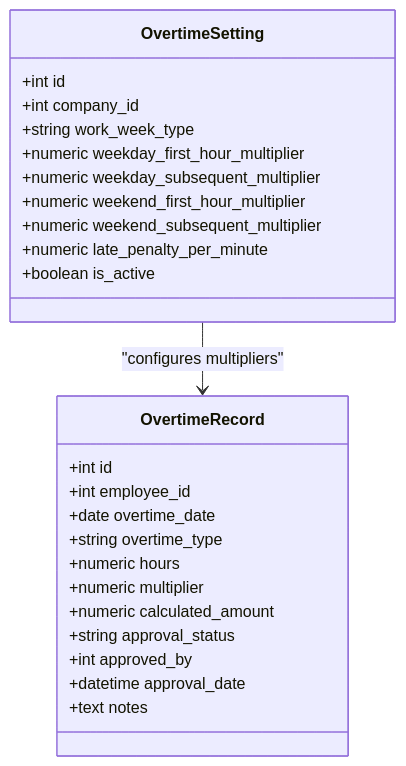
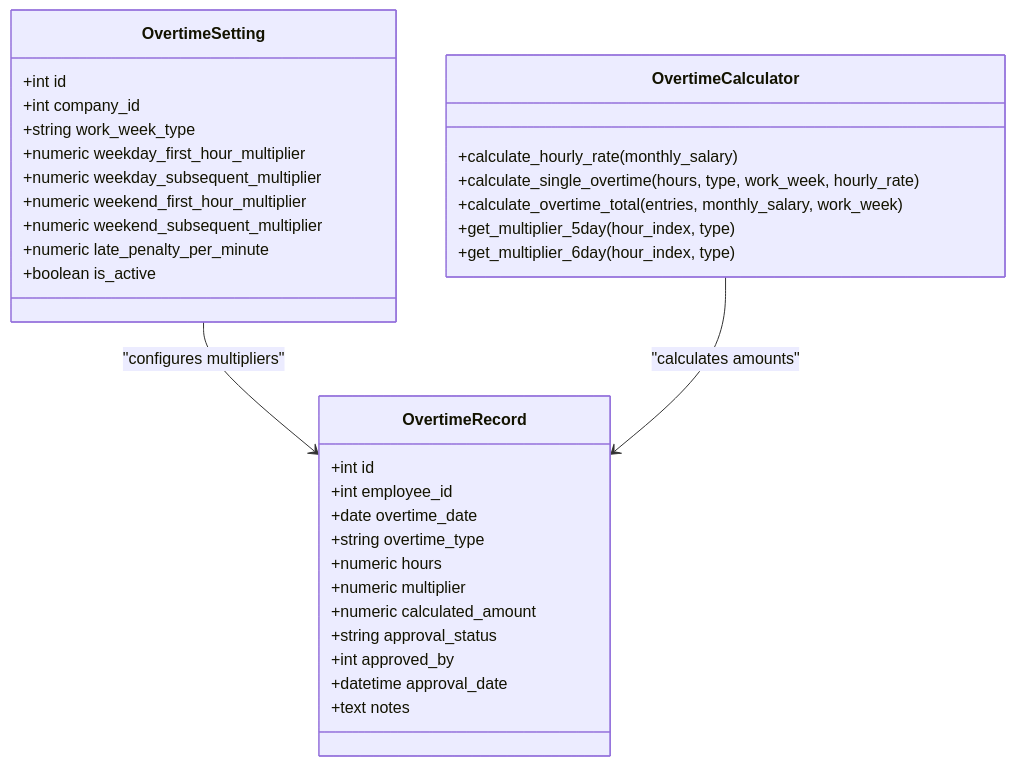
One commit to bikinaplikasipakeqoder-dot/payroll-hris changed the fourth of 8 diagrams in .qoder/repowiki/en/content/Attendance & Overtime.md. Above: the diagram before and after it, drawn with Mermaid. The commit also changed other lines of this file and 22 other files, not shown here.

````diff
--- a/.qoder/repowiki/en/content/Attendance & Overtime.md
+++ b/.qoder/repowiki/en/content/Attendance & Overtime.md
@@ -203,28 +266,36 @@
 ```mermaid
 classDiagram
 class OvertimeRecord {
 +int id
 +int employee_id
 +date overtime_date
 +string overtime_type
 +numeric hours
 +numeric multiplier
 +numeric calculated_amount
 +string approval_status
 +int approved_by
 +datetime approval_date
 +text notes
 }
 class OvertimeSetting {
 +int id
 +int company_id
 +string work_week_type
 +numeric weekday_first_hour_multiplier
 +numeric weekday_subsequent_multiplier
 +numeric weekend_first_hour_multiplier
 +numeric weekend_subsequent_multiplier
 +numeric late_penalty_per_minute
 +boolean is_active
 }
+class OvertimeCalculator {
++calculate_hourly_rate(monthly_salary)
++calculate_single_overtime(hours, type, work_week, hourly_rate)
++calculate_overtime_total(entries, monthly_salary, work_week)
++get_multiplier_5day(hour_index, type)
++get_multiplier_6day(hour_index, type)
+}
 OvertimeSetting --> OvertimeRecord : "configures multipliers"
+OvertimeCalculator --> OvertimeRecord : "calculates amounts"
 ```
````
